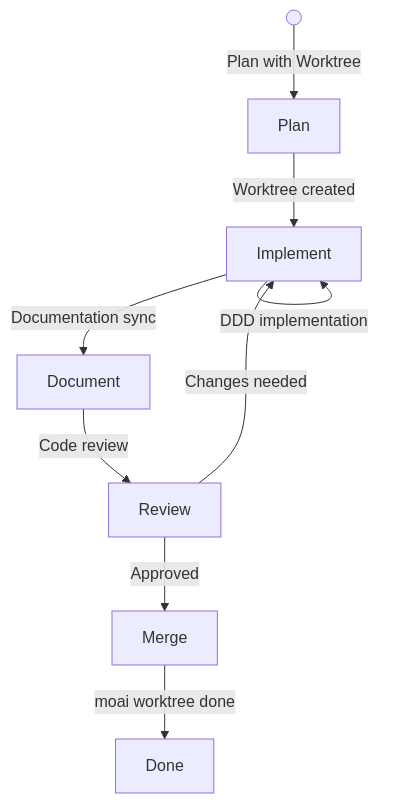
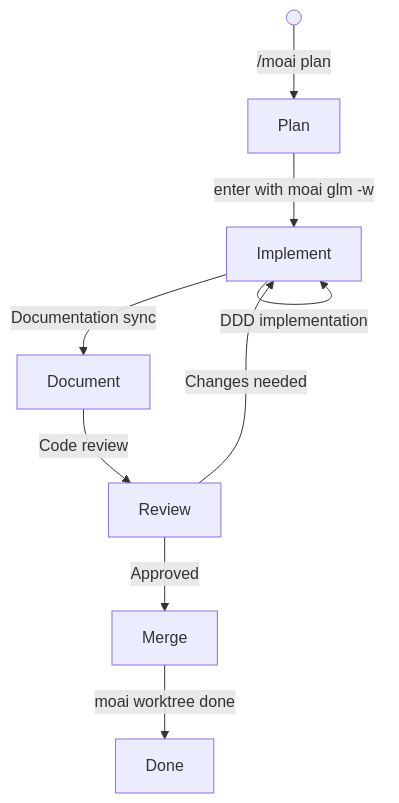
Before and after one commit to modu-ai/moai-adk: the fourth of 9 diagrams in docs-site/content/en/worktree/guide.md, drawn with Mermaid. The commit also changed other lines of this file and 35 other files, not shown here.

````diff
--- a/docs-site/content/en/worktree/guide.md
+++ b/docs-site/content/en/worktree/guide.md
@@ -359,11 +394,11 @@
 ```mermaid
 flowchart TD
-    Start(( )) -->|"Plan with Worktree"| Plan["Plan"]
-    Plan -->|"Worktree created"| Implement["Implement"]
+    Start(( )) -->|"/moai plan"| Plan["Plan"]
+    Plan -->|"enter with moai glm -w"| Implement["Implement"]
     Implement -->|"DDD implementation"| Implement
     Implement -->|"Documentation sync"| Document["Document"]
     Document -->|"Code review"| Review["Review"]
     Review -->|"Approved"| Merge["Merge"]
     Review -->|"Changes needed"| Implement
     Merge -->|"moai worktree done"| Done["Done"]
 ```
````
